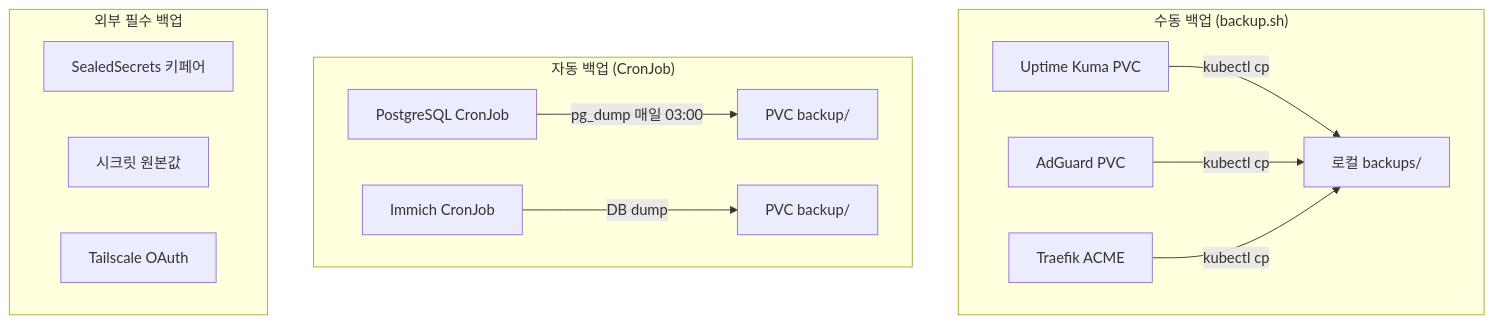
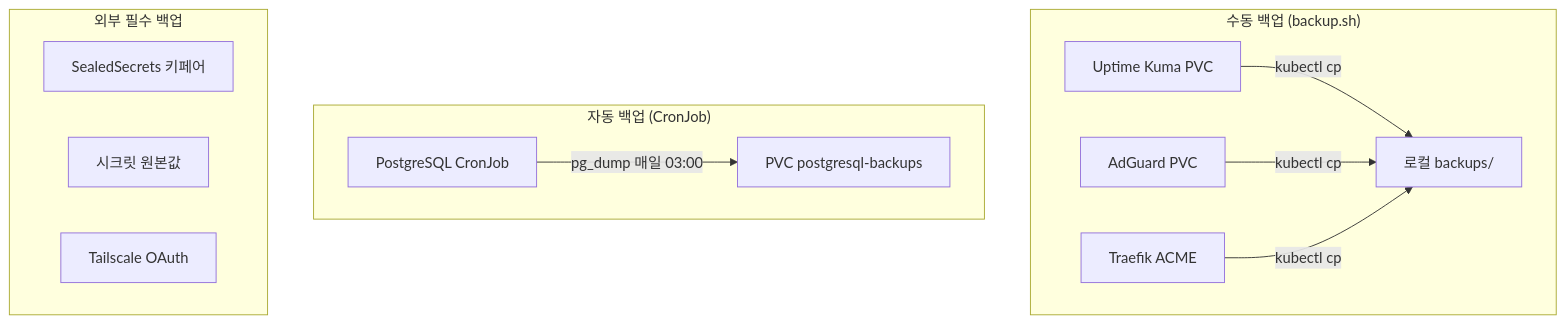
The fifth of 6 diagrams in .claude/skills/runbook-gen/references/diagram-patterns.md (ukkiee-dev/homelab), drawn with Mermaid before and after one commit. The commit also changed other lines of this file and 22 other files, not shown here.

````diff
--- a/.claude/skills/runbook-gen/references/diagram-patterns.md
+++ b/.claude/skills/runbook-gen/references/diagram-patterns.md
@@ -123,19 +121,18 @@
 ```mermaid
 flowchart TD
   subgraph "수동 백업 (backup.sh)"
     B1[Uptime Kuma PVC] -->|"kubectl cp"| Local[로컬 backups/]
     B2[AdGuard PVC] -->|"kubectl cp"| Local
     B3[Traefik ACME] -->|"kubectl cp"| Local
   end
 
   subgraph "자동 백업 (CronJob)"
-    C1[PostgreSQL CronJob] -->|"pg_dump 매일 03:00"| PVC1[PVC backup/]
-    C2[Immich CronJob] -->|"DB dump"| PVC2[PVC backup/]
+    C1[PostgreSQL CronJob] -->|"pg_dump 매일 03:00"| PVC1[PVC postgresql-backups]
   end
 
   subgraph "외부 필수 백업"
     E1[SealedSecrets 키페어]
     E2[시크릿 원본값]
     E3[Tailscale OAuth]
   end
 ```
````
